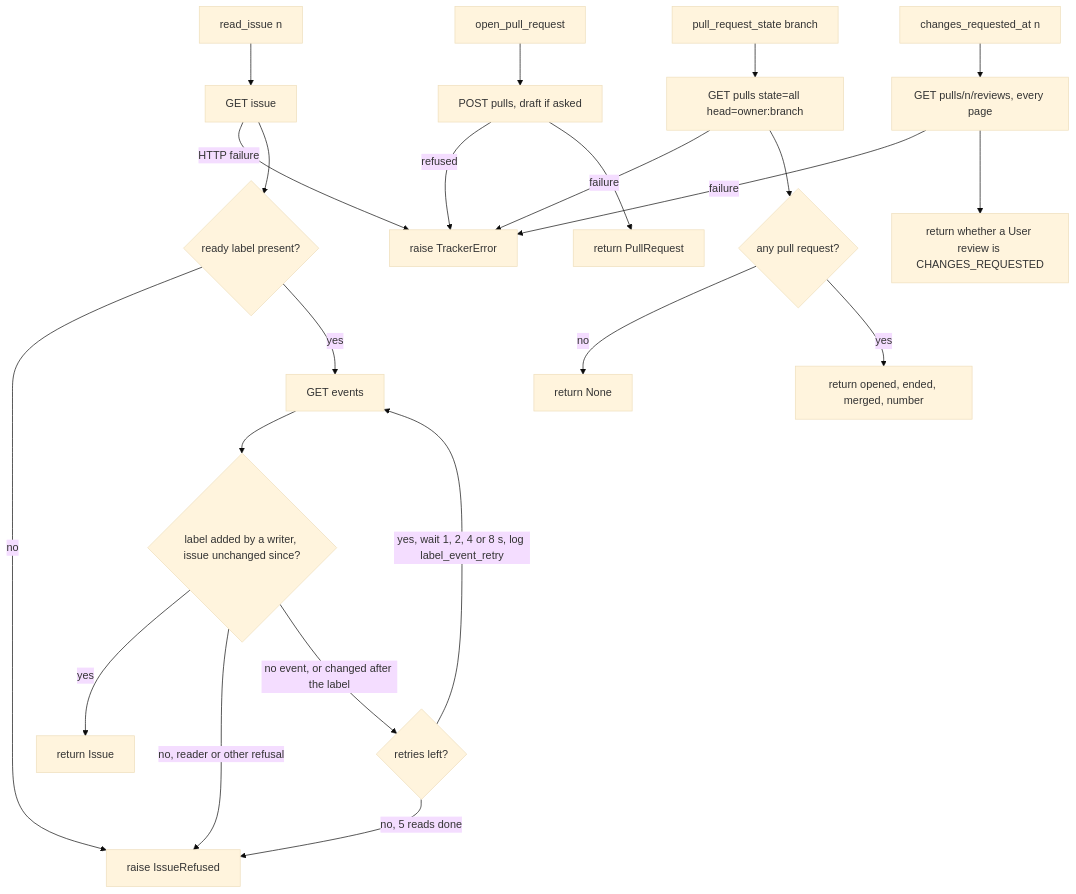
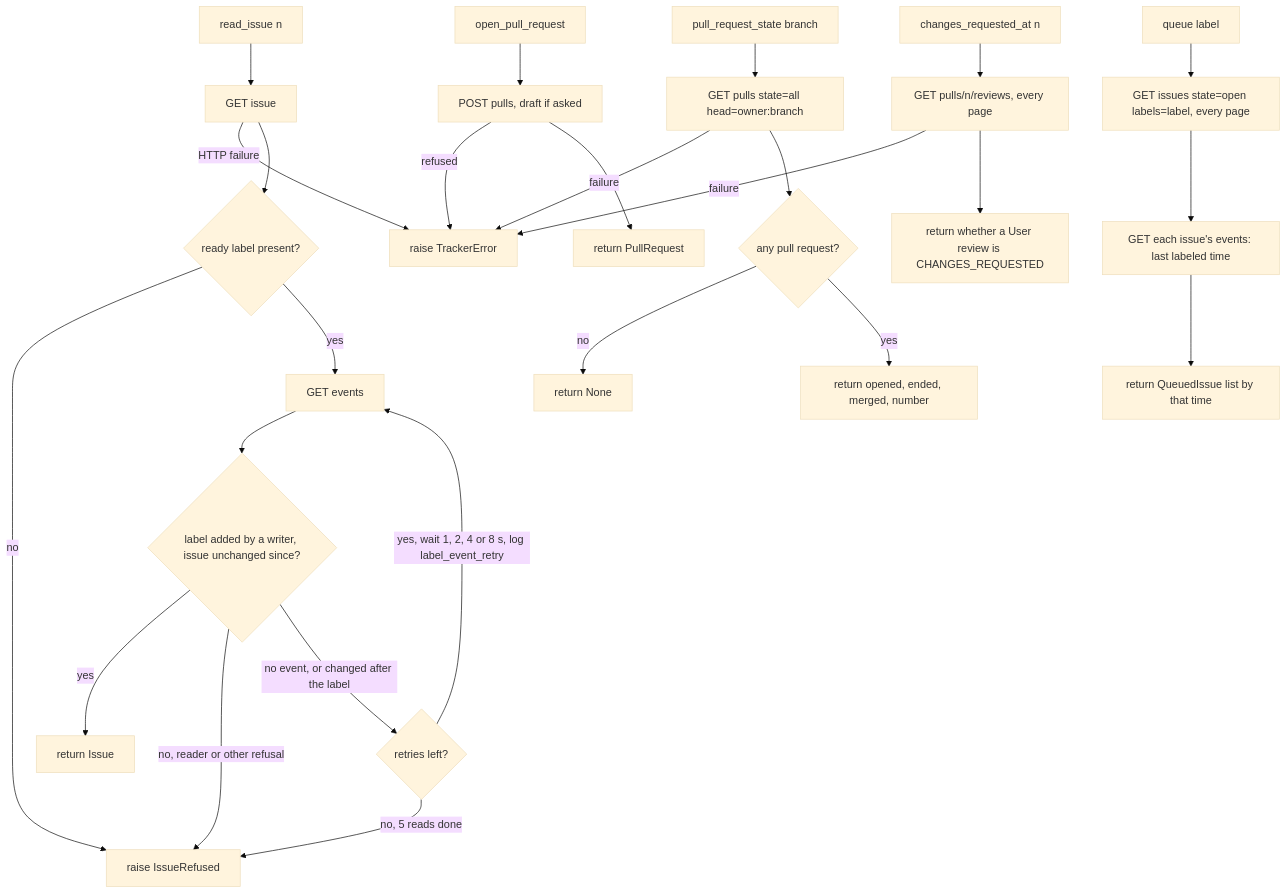
One commit to plaplanche/ariane changed the first of 3 diagrams in docs/architecture/modules/github.md. Above: the diagram before and after it, drawn with Mermaid (base theme). The commit also changed other lines of this file and 42 other files, not shown here.

````diff
--- a/docs/architecture/modules/github.md
+++ b/docs/architecture/modules/github.md
@@ -23,25 +26,28 @@
 ```mermaid
 flowchart TD
   A[read_issue n] --> B[GET issue]
   B -- HTTP failure --> X[raise TrackerError]
   B --> C{ready label present?}
   C -- no --> Y[raise IssueRefused]
   C -- yes --> R[GET events]
   R --> D{label added by a writer, issue unchanged since?}
   D -- yes --> E[return Issue]
   D -- no, reader or other refusal --> Y
   D -- no event, or changed after the label --> W{retries left?}
   W -- yes, wait 1, 2, 4 or 8 s, log label_event_retry --> R
   W -- no, 5 reads done --> Y
   F[open_pull_request] --> G[POST pulls, draft if asked]
   G -- refused --> X
   G --> H[return PullRequest]
   I[pull_request_state branch] --> J[GET pulls state=all head=owner:branch]
   J -- failure --> X
   J --> K{any pull request?}
   K -- no --> L[return None]
   K -- yes --> M[return opened, ended, merged, number]
   N[changes_requested_at n] --> O[GET pulls/n/reviews, every page]
   O -- failure --> X
   O --> P[return whether a User review is CHANGES_REQUESTED]
+  Q[queue label] --> S[GET issues state=open labels=label, every page]
+  S --> T[GET each issue's events: last labeled time]
+  T --> U[return QueuedIssue list by that time]
 ```
````
